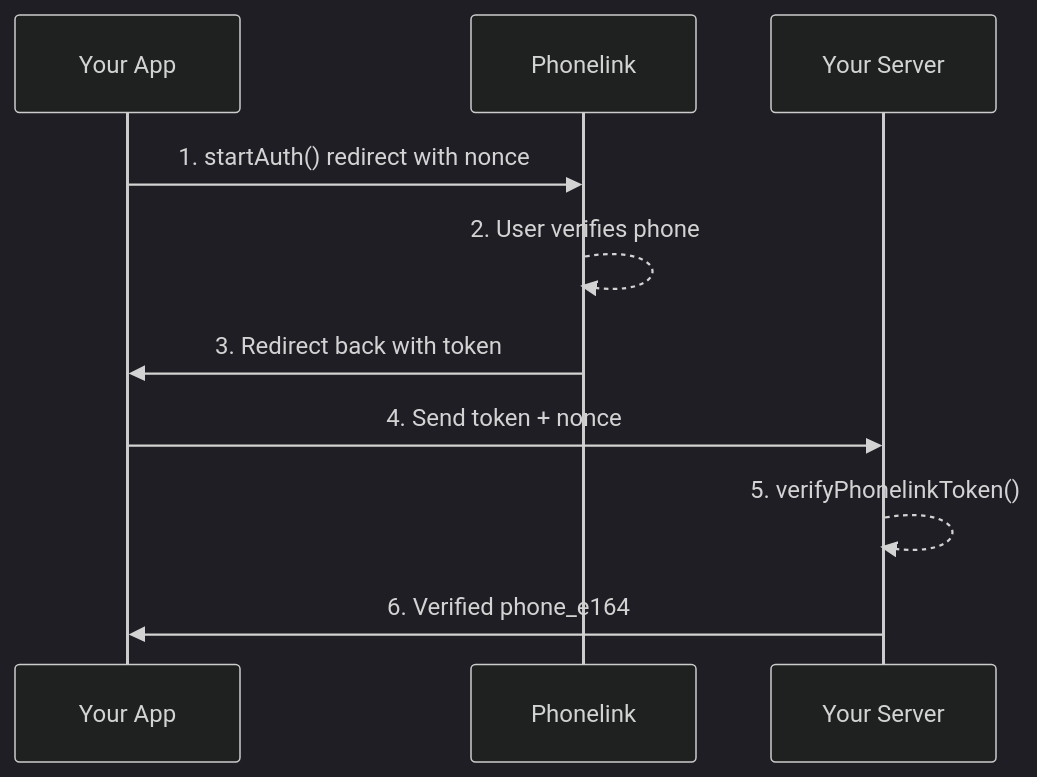
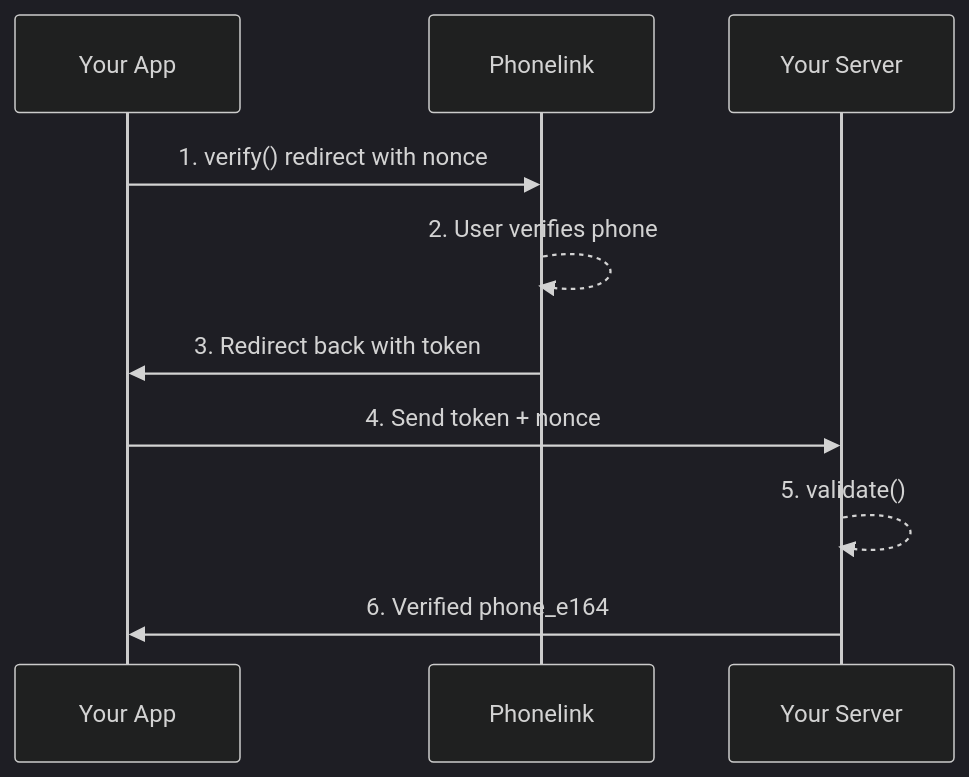
Before and after one commit to phonelink-sdk/phonelink: the diagram in docs/content/docs/index.mdx, drawn with Mermaid (dark theme). The commit also changed other lines of this file and 28 other files, not shown here.

````diff
--- a/docs/content/docs/index.mdx
+++ b/docs/content/docs/index.mdx
@@ -14,12 +14,12 @@
 ```mermaid
 sequenceDiagram
     participant App as Your App
     participant PL as Phonelink
     participant Server as Your Server
-    App->>PL: 1. startAuth() redirect with nonce
+    App->>PL: 1. verify() redirect with nonce
     PL-->>PL: 2. User verifies phone
     PL->>App: 3. Redirect back with token
     App->>Server: 4. Send token + nonce
-    Server-->>Server: 5. verifyPhonelinkToken()
+    Server-->>Server: 5. validate()
     Server->>App: 6. Verified phone_e164
 ```
````
